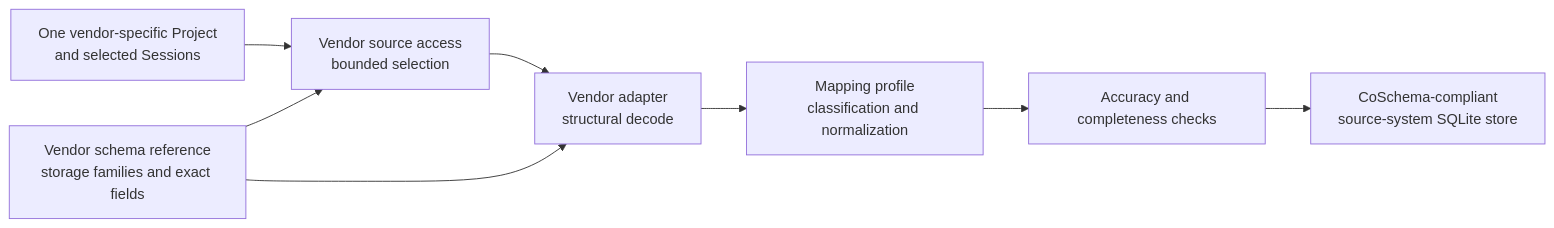
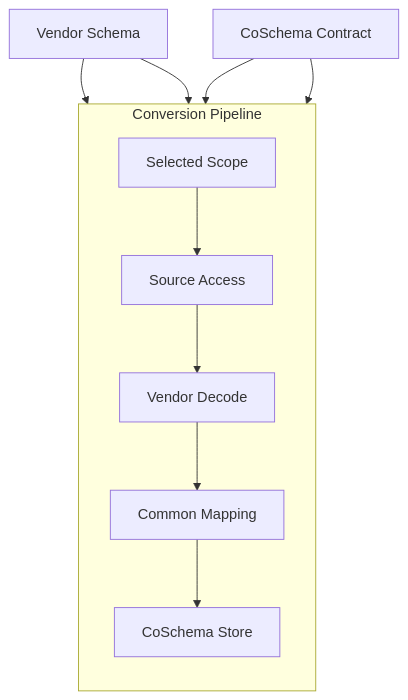
The first of 2 diagrams in Designs.md (fear-ai/codess), drawn with Mermaid before and after one commit. The commit also changed other lines of this file and 8 other files, not shown here.

````diff
--- a/Designs.md
+++ b/Designs.md
@@ -28,15 +56,21 @@
 ```mermaid
-flowchart LR
-    Project["One vendor-specific Project<br/>and selected Sessions"]
-    VendorSchema["Vendor schema reference<br/>storage families and exact fields"]
-    Access["Vendor source access<br/>bounded selection"]
-    Decode["Vendor adapter<br/>structural decode"]
-    Map["Mapping profile<br/>classification and normalization"]
-    Check["Accuracy and completeness checks"]
-    Store["CoSchema-compliant<br/>source-system SQLite store"]
+flowchart TB
+    Vendor["Vendor Schema"]
+    Contract["CoSchema Contract"]
 
-    Project --> Access
-    VendorSchema --> Access
-    VendorSchema --> Decode
-    Access --> Decode --> Map --> Check --> Store
+    subgraph Pipeline["Conversion Pipeline"]
+        direction TB
+        Scope["Selected Scope"]
+        Access["Source Access"]
+        Decode["Vendor Decode"]
+        Mapping["Common Mapping"]
+        Store["CoSchema Store"]
+
+        Scope --> Access --> Decode --> Mapping --> Store
+    end
+
+    Vendor --> Access
+    Vendor --> Decode
+    Contract --> Mapping
+    Contract --> Store
 ```
````
